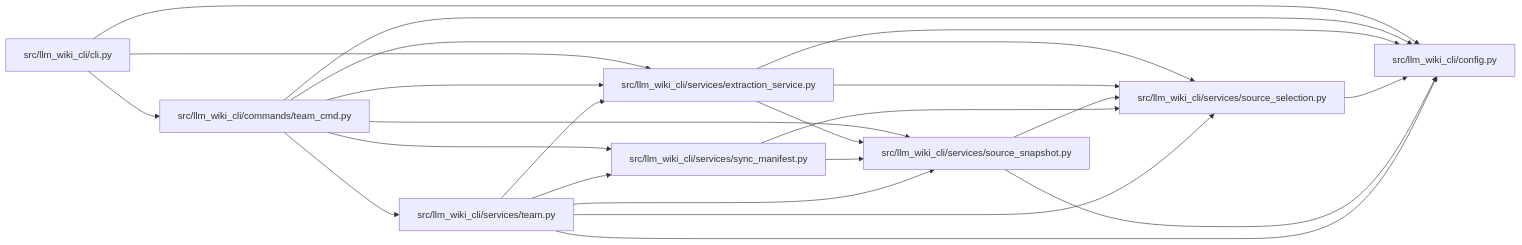
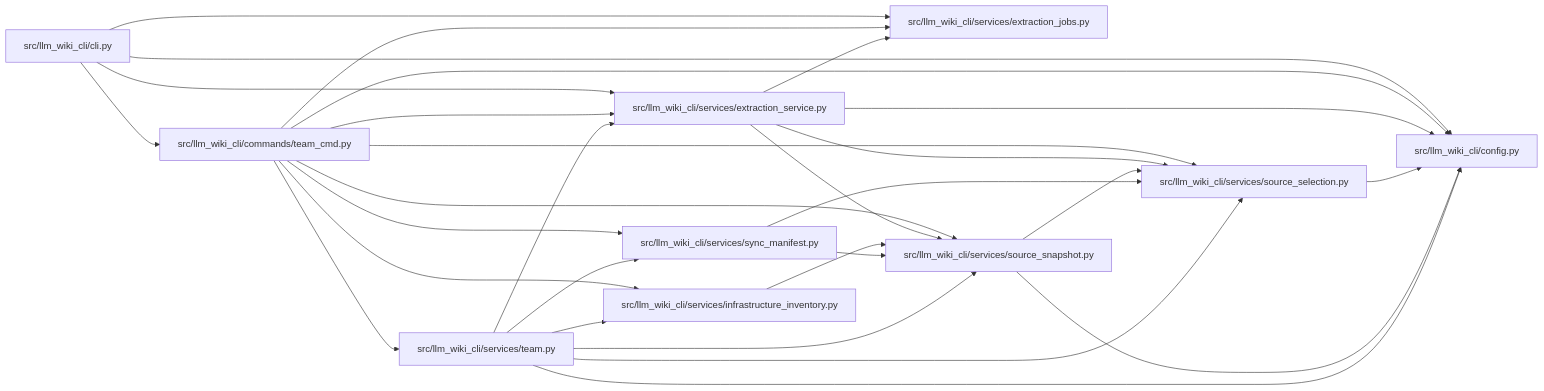
One commit to Denissvgn/python-wiki-llm changed the diagram in docs/llm_wiki/modules/team_cmd.md. Above: the diagram before and after it, drawn with Mermaid. The commit also changed other lines of this file and 240 other files, not shown here.

````diff
--- a/docs/llm_wiki/modules/team_cmd.md
+++ b/docs/llm_wiki/modules/team_cmd.md
@@ -27,41 +29,51 @@
 ```mermaid
 flowchart LR
     n0["src/llm_wiki_cli/cli.py"]
     n1["src/llm_wiki_cli/commands/team_cmd.py"]
     n2["src/llm_wiki_cli/config.py"]
-    n3["src/llm_wiki_cli/services/extraction_service.py"]
-    n4["src/llm_wiki_cli/services/source_selection.py"]
-    n5["src/llm_wiki_cli/services/source_snapshot.py"]
-    n6["src/llm_wiki_cli/services/sync_manifest.py"]
-    n7["src/llm_wiki_cli/services/team.py"]
+    n3["src/llm_wiki_cli/services/extraction_jobs.py"]
+    n4["src/llm_wiki_cli/services/extraction_service.py"]
+    n5["src/llm_wiki_cli/services/infrastructure_inventory.py"]
+    n6["src/llm_wiki_cli/services/source_selection.py"]
+    n7["src/llm_wiki_cli/services/source_snapshot.py"]
+    n8["src/llm_wiki_cli/services/sync_manifest.py"]
+    n9["src/llm_wiki_cli/services/team.py"]
     n0 --> n1
     n0 --> n2
     n0 --> n3
+    n0 --> n4
     n1 --> n2
     n1 --> n3
     n1 --> n4
     n1 --> n5
     n1 --> n6
     n1 --> n7
-    n3 --> n2
-    n3 --> n4
-    n3 --> n5
+    n1 --> n8
+    n1 --> n9
     n4 --> n2
-    n5 --> n2
-    n5 --> n4
-    n6 --> n4
-    n6 --> n5
+    n4 --> n3
+    n4 --> n6
+    n4 --> n7
+    n5 --> n7
+    n6 --> n2
     n7 --> n2
-    n7 --> n3
-    n7 --> n4
-    n7 --> n5
     n7 --> n6
+    n8 --> n6
+    n8 --> n7
+    n9 --> n2
+    n9 --> n4
+    n9 --> n5
+    n9 --> n6
+    n9 --> n7
+    n9 --> n8
     click n0 "../modules/cli.md"
     click n1 "../modules/team_cmd.md"
     click n2 "../modules/config.md"
-    click n3 "../modules/extraction_service.md"
-    click n4 "../modules/source_selection.md"
-    click n5 "../modules/source_snapshot.md"
-    click n6 "../modules/sync_manifest.md"
-    click n7 "../modules/team.md"
+    click n3 "../modules/extraction_jobs.md"
+    click n4 "../modules/extraction_service.md"
+    click n5 "../modules/infrastructure_inventory.md"
+    click n6 "../modules/source_selection.md"
+    click n7 "../modules/source_snapshot.md"
+    click n8 "../modules/sync_manifest.md"
+    click n9 "../modules/team.md"
 ```
````
